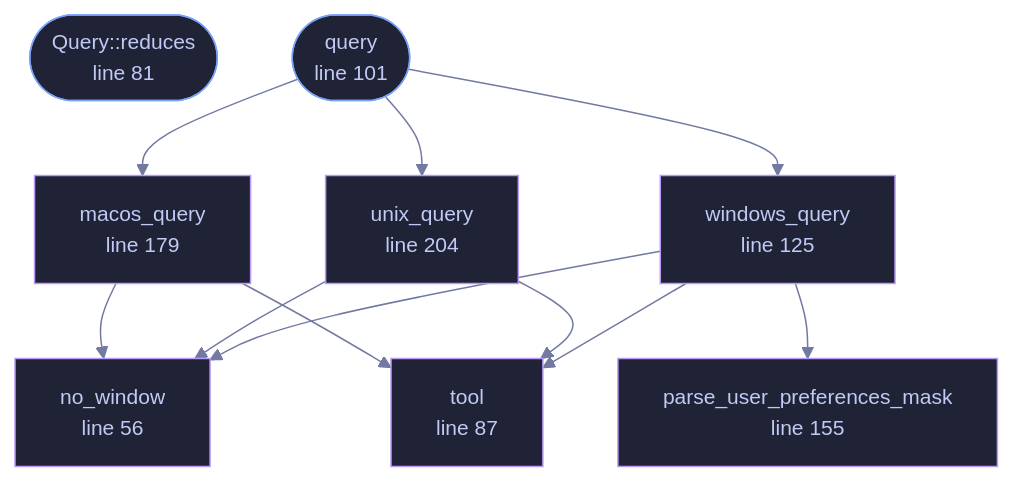
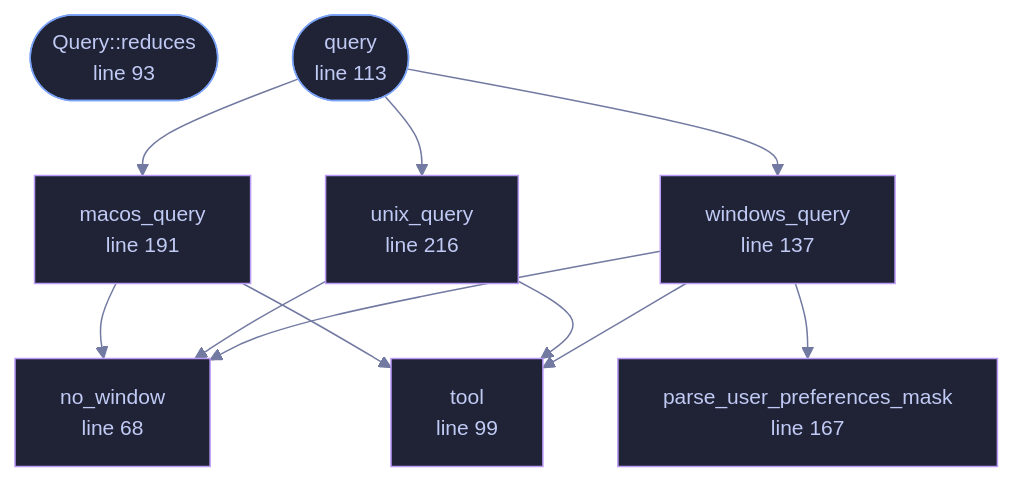
The diagram in wiki/File-veilvoice-gui-reduced_motion.md (tilas01/veilvoice), drawn with Mermaid before and after one commit. The commit also changed other lines of this file and 487 other files, not shown here.

````diff
--- a/wiki/File-veilvoice-gui-reduced_motion.md
+++ b/wiki/File-veilvoice-gui-reduced_motion.md
@@ -76,34 +89,34 @@
 ```mermaid
 %%{init: {"theme":"base","themeVariables":{"background":"#1a1b26","primaryColor":"#1f2335","primaryTextColor":"#c0caf5","primaryBorderColor":"#7aa2f7","secondaryColor":"#16161e","tertiaryColor":"#16161e","lineColor":"#737aa2","textColor":"#c0caf5","mainBkg":"#1f2335","nodeBorder":"#7aa2f7","clusterBkg":"#16161e","clusterBorder":"#2f3549","fontFamily":"ui-monospace, SFMono-Regular, Consolas, monospace","fontSize":"14px"}}}%%
 flowchart TD
-    n_no_window["no_window<br/>line 56"]
-    n_reduces(["Query::reduces<br/>line 81"])
-    n_tool["tool<br/>line 87"]
-    n_query(["query<br/>line 101"])
-    n_windows_query["windows_query<br/>line 125"]
-    n_parse_user_preferences_mask["parse_user_preferences_mask<br/>line 155"]
-    n_macos_query["macos_query<br/>line 179"]
-    n_unix_query["unix_query<br/>line 204"]
+    n_no_window["no_window<br/>line 68"]
+    n_reduces(["Query::reduces<br/>line 93"])
+    n_tool["tool<br/>line 99"]
+    n_query(["query<br/>line 113"])
+    n_windows_query["windows_query<br/>line 137"]
+    n_parse_user_preferences_mask["parse_user_preferences_mask<br/>line 167"]
+    n_macos_query["macos_query<br/>line 191"]
+    n_unix_query["unix_query<br/>line 216"]
     n_macos_query --> n_no_window
     n_macos_query --> n_tool
     n_query --> n_macos_query
     n_query --> n_unix_query
     n_query --> n_windows_query
     n_unix_query --> n_no_window
     n_unix_query --> n_tool
     n_windows_query --> n_no_window
     n_windows_query --> n_parse_user_preferences_mask
     n_windows_query --> n_tool
-    click n_no_window href "https://github.com/tilas01/veilvoice/blob/main/crates/veilvoice-gui/src/reduced_motion.rs#L56" "open the source"
-    click n_reduces href "https://github.com/tilas01/veilvoice/blob/main/crates/veilvoice-gui/src/reduced_motion.rs#L81" "open the source"
-    click n_tool href "https://github.com/tilas01/veilvoice/blob/main/crates/veilvoice-gui/src/reduced_motion.rs#L87" "open the source"
-    click n_query href "https://github.com/tilas01/veilvoice/blob/main/crates/veilvoice-gui/src/reduced_motion.rs#L101" "open the source"
-    click n_windows_query href "https://github.com/tilas01/veilvoice/blob/main/crates/veilvoice-gui/src/reduced_motion.rs#L125" "open the source"
-    click n_parse_user_preferences_mask href "https://github.com/tilas01/veilvoice/blob/main/crates/veilvoice-gui/src/reduced_motion.rs#L155" "open the source"
-    click n_macos_query href "https://github.com/tilas01/veilvoice/blob/main/crates/veilvoice-gui/src/reduced_motion.rs#L179" "open the source"
-    click n_unix_query href "https://github.com/tilas01/veilvoice/blob/main/crates/veilvoice-gui/src/reduced_motion.rs#L204" "open the source"
+    click n_no_window href "https://github.com/tilas01/veilvoice/blob/main/crates/veilvoice-gui/src/reduced_motion.rs#L68" "open the source"
+    click n_reduces href "https://github.com/tilas01/veilvoice/blob/main/crates/veilvoice-gui/src/reduced_motion.rs#L93" "open the source"
+    click n_tool href "https://github.com/tilas01/veilvoice/blob/main/crates/veilvoice-gui/src/reduced_motion.rs#L99" "open the source"
+    click n_query href "https://github.com/tilas01/veilvoice/blob/main/crates/veilvoice-gui/src/reduced_motion.rs#L113" "open the source"
+    click n_windows_query href "https://github.com/tilas01/veilvoice/blob/main/crates/veilvoice-gui/src/reduced_motion.rs#L137" "open the source"
+    click n_parse_user_preferences_mask href "https://github.com/tilas01/veilvoice/blob/main/crates/veilvoice-gui/src/reduced_motion.rs#L167" "open the source"
+    click n_macos_query href "https://github.com/tilas01/veilvoice/blob/main/crates/veilvoice-gui/src/reduced_motion.rs#L191" "open the source"
+    click n_unix_query href "https://github.com/tilas01/veilvoice/blob/main/crates/veilvoice-gui/src/reduced_motion.rs#L216" "open the source"
     classDef entry fill:#1f2335,stroke:#7aa2f7,color:#c0caf5
     class n_reduces,n_query entry
     classDef helper fill:#1f2335,stroke:#bb9af7,color:#c0caf5
     class n_no_window,n_tool,n_windows_query,n_parse_user_preferences_mask,n_macos_query,n_unix_query helper
 ```
````
